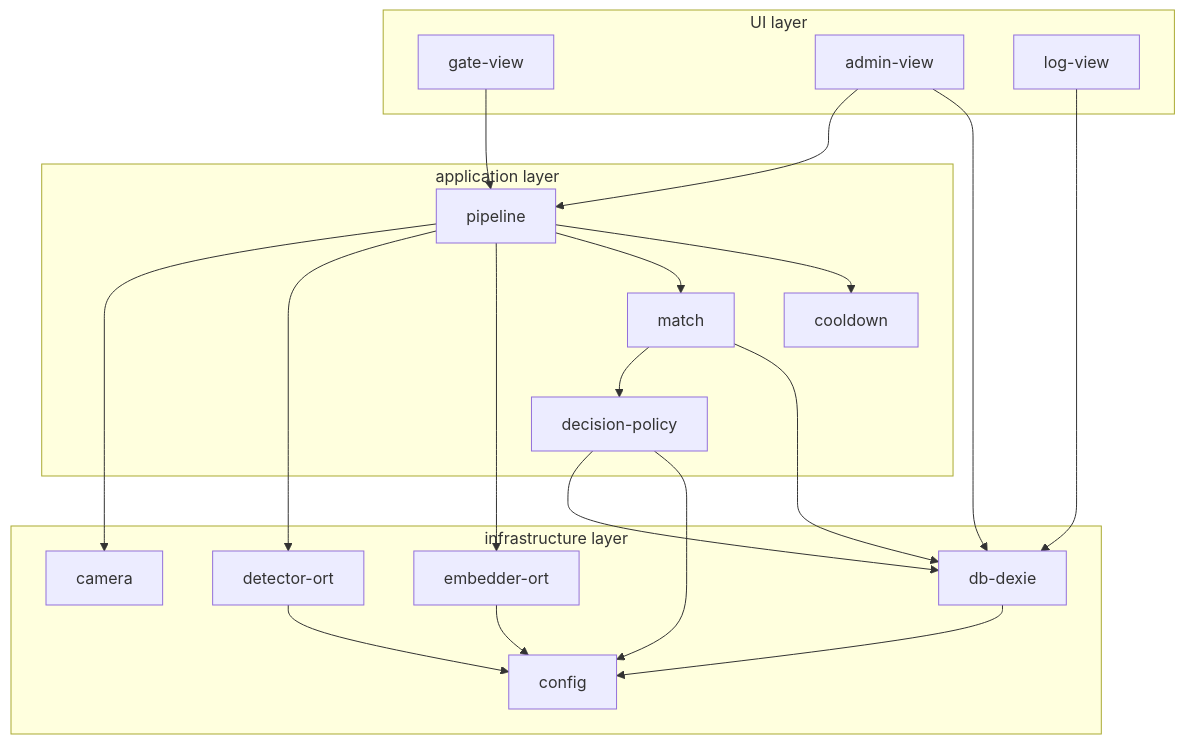
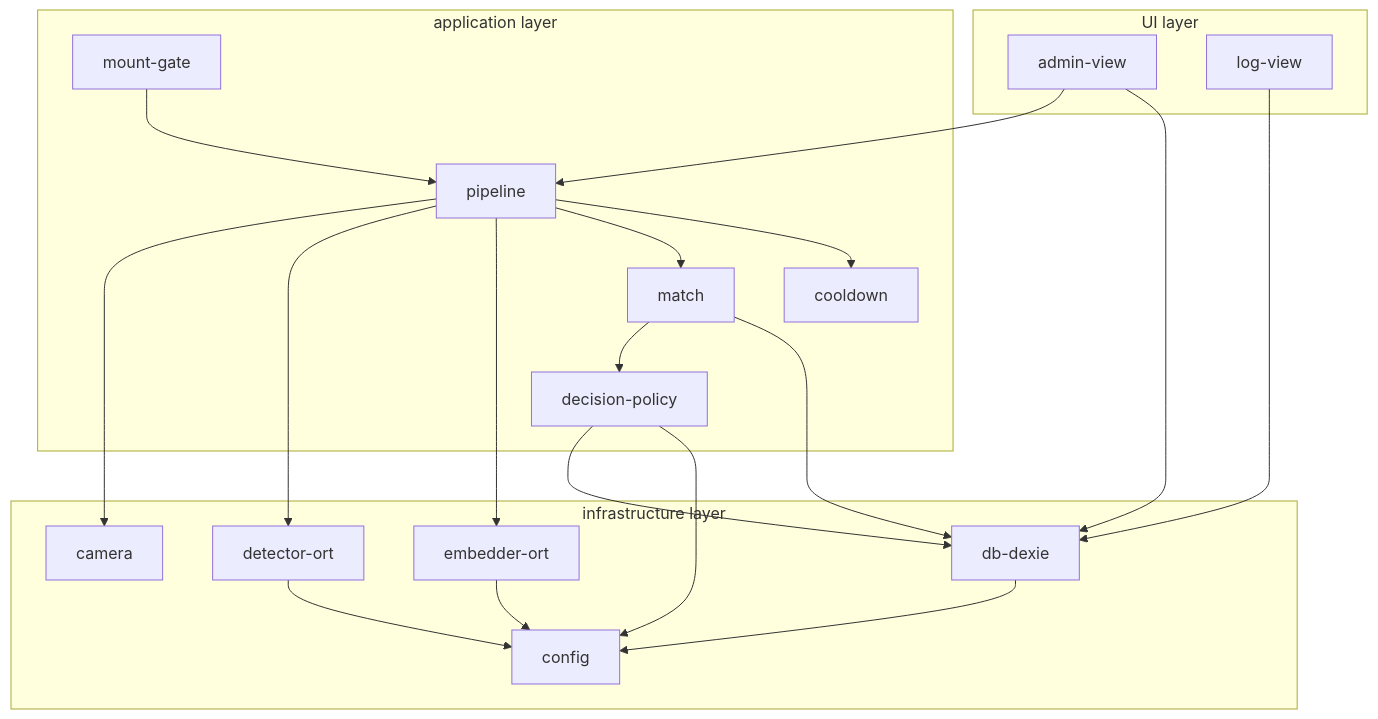
Before and after one commit to MichaelHabermas/let-me-in: the second of 4 diagrams in docs/PRD.md, drawn with Mermaid. The commit also changed other lines of this file and 24 other files, not shown here.

````diff
--- a/docs/PRD.md
+++ b/docs/PRD.md
@@ -130,37 +127,37 @@
 ```mermaid
 flowchart TB
     subgraph UI[UI layer]
-        GATE[gate-view]
         ADMIN[admin-view]
         LOG[log-view]
     end
     subgraph APP[application layer]
+        GATE[mount-gate]
         PIPE[pipeline]
         MATCH[match]
         POLICY[decision-policy]
         COOLDOWN[cooldown]
     end
     subgraph INFRA[infrastructure layer]
         CAM[camera]
         DET[detector-ort]
         EMB[embedder-ort]
         DB[db-dexie]
         CFG[config]
     end
     GATE --> PIPE
     ADMIN --> PIPE
     ADMIN --> DB
     LOG --> DB
     PIPE --> CAM
     PIPE --> DET
     PIPE --> EMB
     PIPE --> MATCH
     MATCH --> POLICY
     PIPE --> COOLDOWN
     MATCH --> DB
     POLICY --> DB
     DET --> CFG
     EMB --> CFG
     POLICY --> CFG
     DB --> CFG
 ```
````
